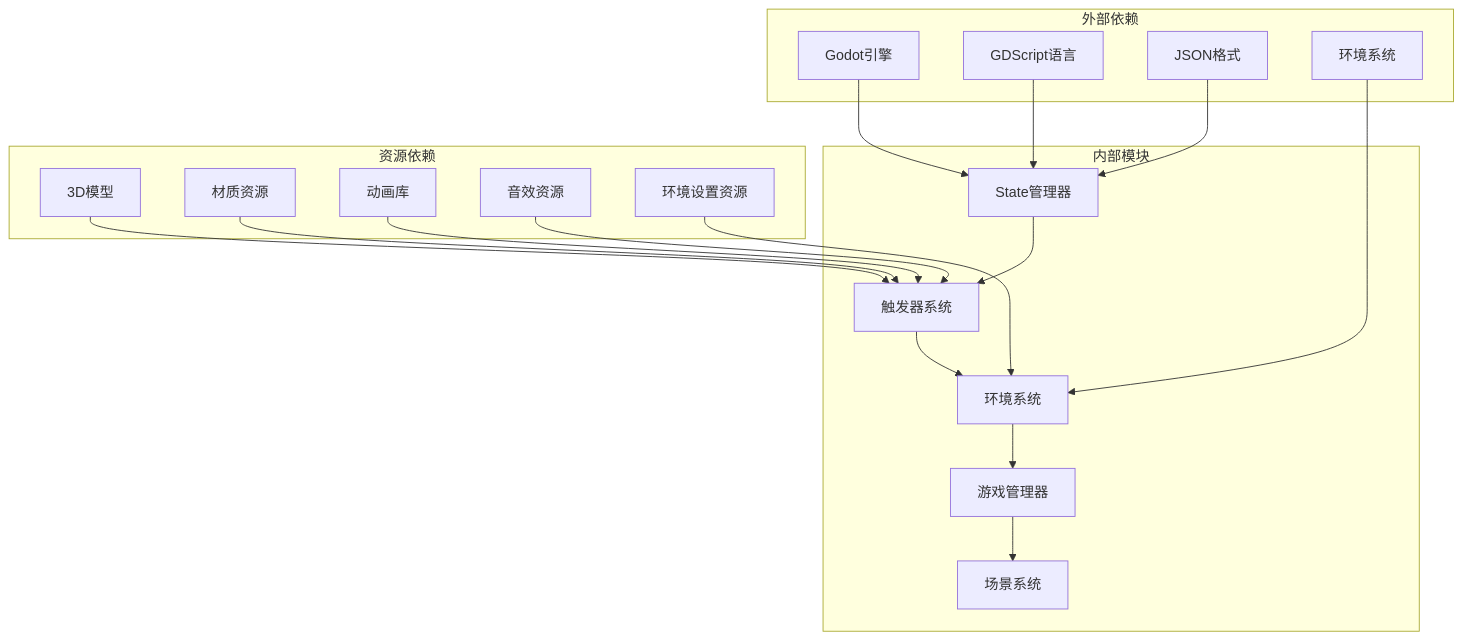
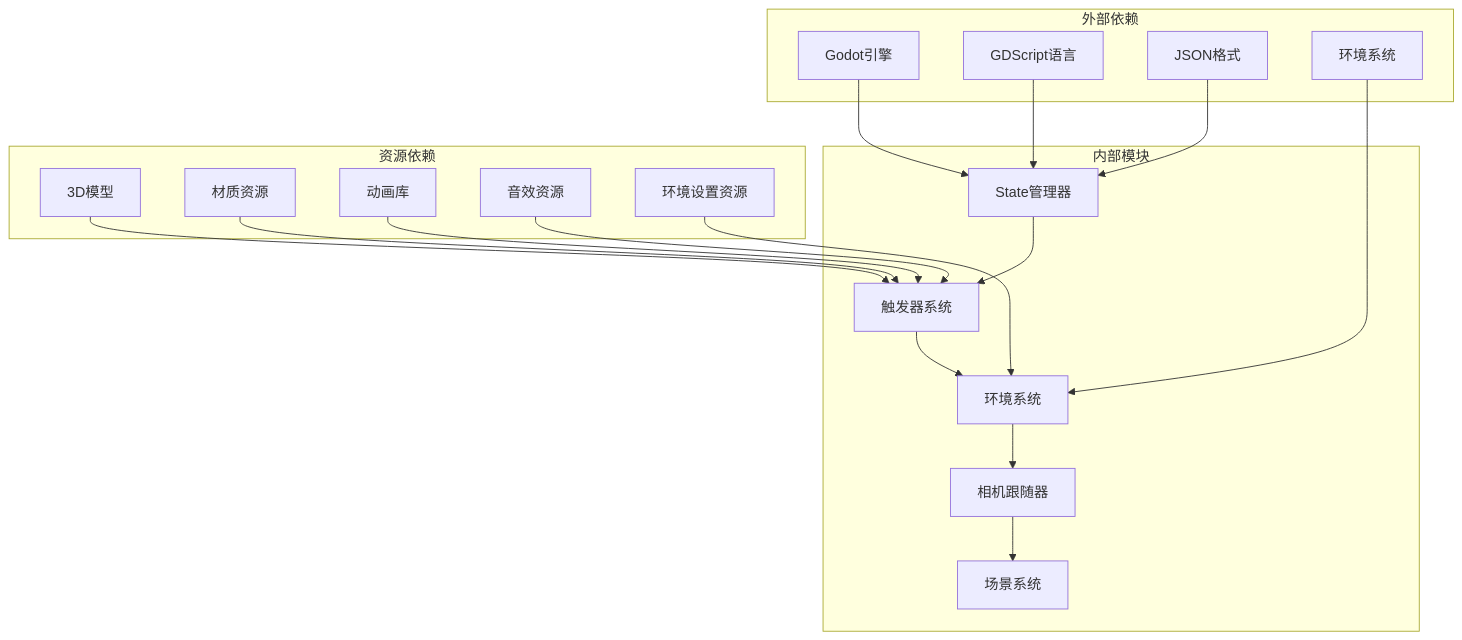
The sixth of 6 diagrams in .qoder/repowiki/zh/content/游戏系统/触发器系统/检查点系统.md (godotline/godot-line), drawn with Mermaid before and after one commit. The commit also changed other lines of this file and 13 other files, not shown here.

````diff
--- a/.qoder/repowiki/zh/content/游戏系统/触发器系统/检查点系统.md
+++ b/.qoder/repowiki/zh/content/游戏系统/触发器系统/检查点系统.md
@@ -296,36 +334,36 @@
 ```mermaid
 graph TB
 subgraph "外部依赖"
 Godot[Godot引擎]
 GDScript[GDScript语言]
 JSON[JSON格式]
 Environment[环境系统]
 end
 subgraph "内部模块"
 State[State管理器]
 TriggerSystem[触发器系统]
 EnvironmentSystem[环境系统]
-GameManager[游戏管理器]
+CameraFollower[相机跟随器]
 SceneSystem[场景系统]
 end
 subgraph "资源依赖"
 Meshes[3D模型]
 Materials[材质资源]
 Animations[动画库]
 Audio[音效资源]
 Settings[环境设置资源]
 end
 Godot --> State
 GDScript --> State
 JSON --> State
 State --> TriggerSystem
 TriggerSystem --> EnvironmentSystem
-EnvironmentSystem --> GameManager
-GameManager --> SceneSystem
+EnvironmentSystem --> CameraFollower
+CameraFollower --> SceneSystem
 Meshes --> TriggerSystem
 Materials --> TriggerSystem
 Animations --> TriggerSystem
 Audio --> TriggerSystem
 Settings --> EnvironmentSystem
 Environment --> EnvironmentSystem
 ```
````
